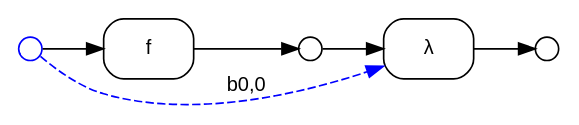
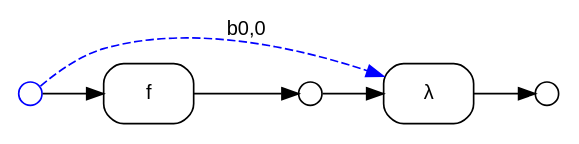
Before and after one commit to ammatsui/bhypvis: the diagram in example_lambda.dot, drawn with Graphviz. The commit also changed other lines of this file and 475 other files, not shown here.

```diff
--- a/example_lambda.dot
+++ b/example_lambda.dot
@@ -1,25 +1,25 @@
 digraph G {
   fontname="Helvetica"
   fontsize=12
   rankdir=LR;
   node [fontname="Helvetica", fontsize=12];
   edge [fontname="Helvetica", fontsize=12];
 
   // Nodes
+  n2 [label="", shape=circle, style=filled, fillcolor=white, color="black", width=0.2, height=0.2, fixedsize=true];
   n0 [label="", shape=circle, style=filled, fillcolor=white, color="blue", width=0.2, height=0.2, fixedsize=true];
   n1 [label="", shape=circle, style=filled, fillcolor=white, color="black", width=0.2, height=0.2, fixedsize=true];
-  n2 [label="", shape=circle, style=filled, fillcolor=white, color="black", width=0.2, height=0.2, fixedsize=true];
 
   // Hyperedges
+  e1 [label="λ", shape=box, style=rounded, color="black"];
   e0 [label="f", shape=box, style=rounded, color="black"];
-  e1 [label="λ", shape=box, style=rounded, color="black"];
 
   // Source connections
-  n0 -> e0 [label=""];
   n1 -> e1 [label=""];
   n0 -> e1 [style=dashed, color="blue", constraint=false, label="b0,0"];
+  n0 -> e0 [label=""];
 
   // Target connections
+  e1 -> n2 [label=""];
   e0 -> n1 [label=""];
-  e1 -> n2 [label=""];
 }
```
